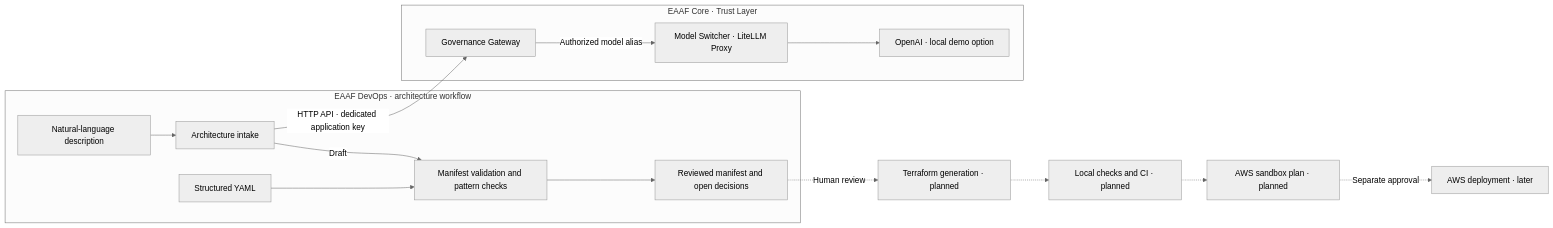
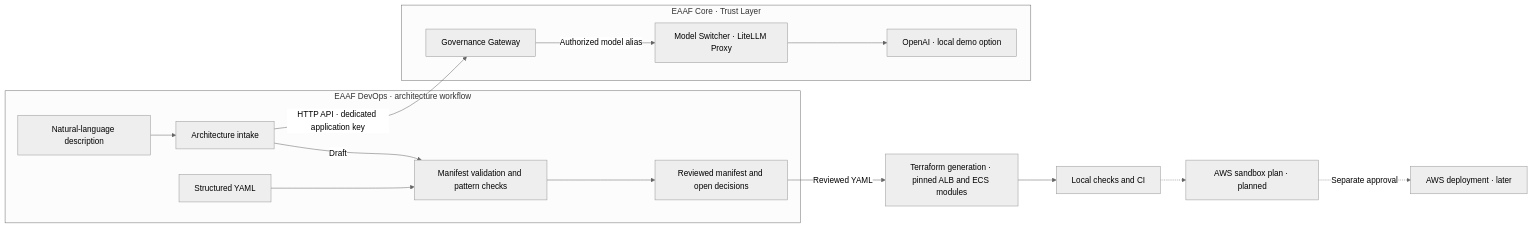
Before and after one commit to tandrian06/eaaf-devops: the first of 2 diagrams in README.md, drawn with Mermaid (neutral theme). The commit also changed other lines of this file and 6 other files, not shown here.

Commit message:
Generate Terraform from reviewed AWS architecture manifests

````diff
--- a/README.md
+++ b/README.md
@@ -9,22 +9,22 @@
 ```mermaid
 flowchart LR
     subgraph DevOps["EAAF DevOps · architecture workflow"]
         Text["Natural-language description"] --> Intake["Architecture intake"]
         YAML["Structured YAML"] --> Review["Manifest validation and pattern checks"]
         Intake -->|Draft| Review
         Review --> Result["Reviewed manifest and open decisions"]
     end
 
     subgraph Core["EAAF Core · Trust Layer"]
         Gateway["Governance Gateway"]
         LiteLLM["Model Switcher · LiteLLM Proxy"]
         Gateway -->|Authorized model alias| LiteLLM
         LiteLLM --> OpenAI["OpenAI · local demo option"]
     end
 
     Intake -->|HTTP API · dedicated application key| Gateway
-    Result -.->|Human review| Generator["Terraform generation · planned"]
-    Generator -.-> Checks["Local checks and CI · planned"]
+    Result -->|Reviewed YAML| Generator["Terraform generation · pinned ALB and ECS modules"]
+    Generator --> Checks["Local checks and CI"]
     Checks -.-> Plan["AWS sandbox plan · planned"]
     Plan -.->|Separate approval| Apply["AWS deployment · later"]
 ```
````
